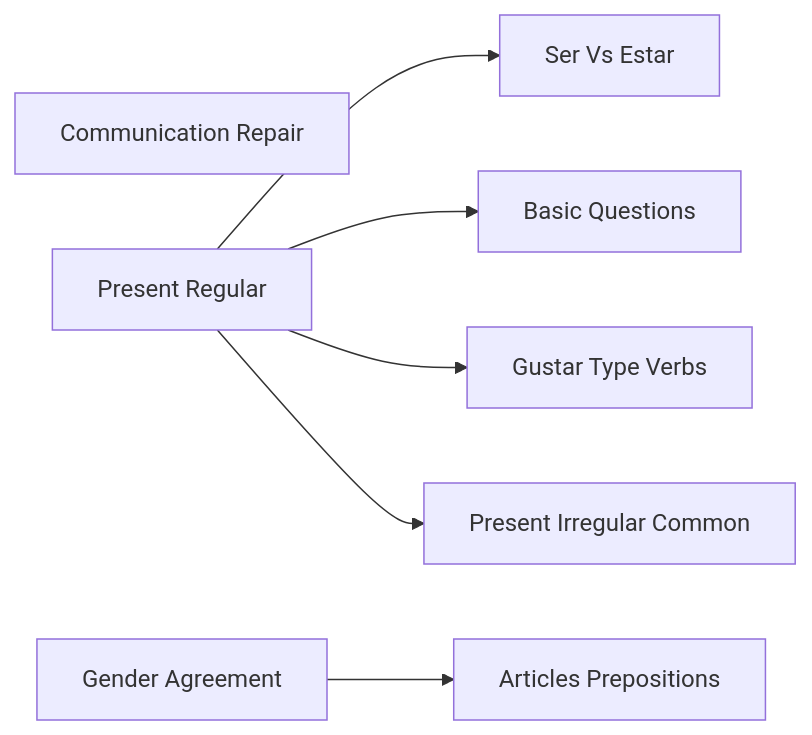
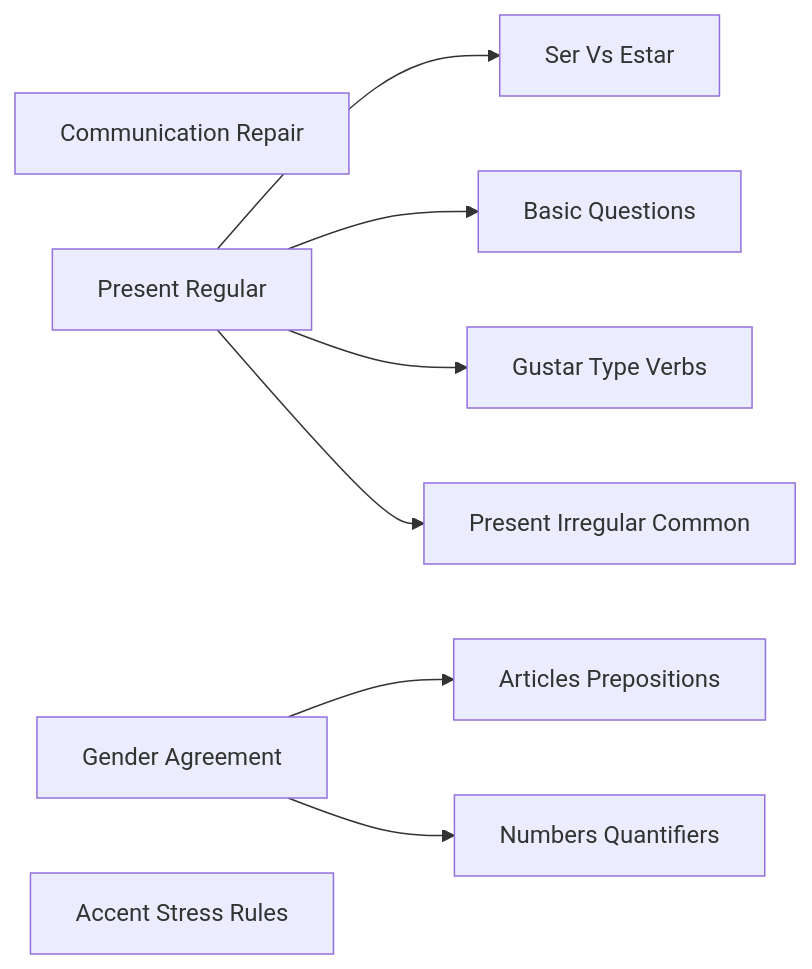
One commit to KWedey/spanish-tutor changed the first of 4 diagrams in vault/Roadmap.md. Above: the diagram before and after it, drawn with Mermaid. The commit also changed other lines of this file and 78 other files, not shown here.

````diff
--- a/vault/Roadmap.md
+++ b/vault/Roadmap.md
@@ -22,16 +24,19 @@
 ```mermaid
 flowchart LR
     A_00_communication_repair["Communication Repair"]
     A_01_present_regular["Present Regular"]
     A_02_ser_vs_estar["Ser Vs Estar"]
     A_03_gender_agreement["Gender Agreement"]
     A_04_articles_prepositions["Articles Prepositions"]
     A_05_basic_questions["Basic Questions"]
     A_06_gustar_type_verbs["Gustar Type Verbs"]
     A_07_present_irregular_common["Present Irregular Common"]
+    A_08_numbers_quantifiers["Numbers Quantifiers"]
+    A_09_accent_stress_rules["Accent Stress Rules"]
     A_01_present_regular --> A_02_ser_vs_estar
     A_03_gender_agreement --> A_04_articles_prepositions
     A_01_present_regular --> A_05_basic_questions
     A_01_present_regular --> A_06_gustar_type_verbs
     A_01_present_regular --> A_07_present_irregular_common
+    A_03_gender_agreement --> A_08_numbers_quantifiers
 ```
````
